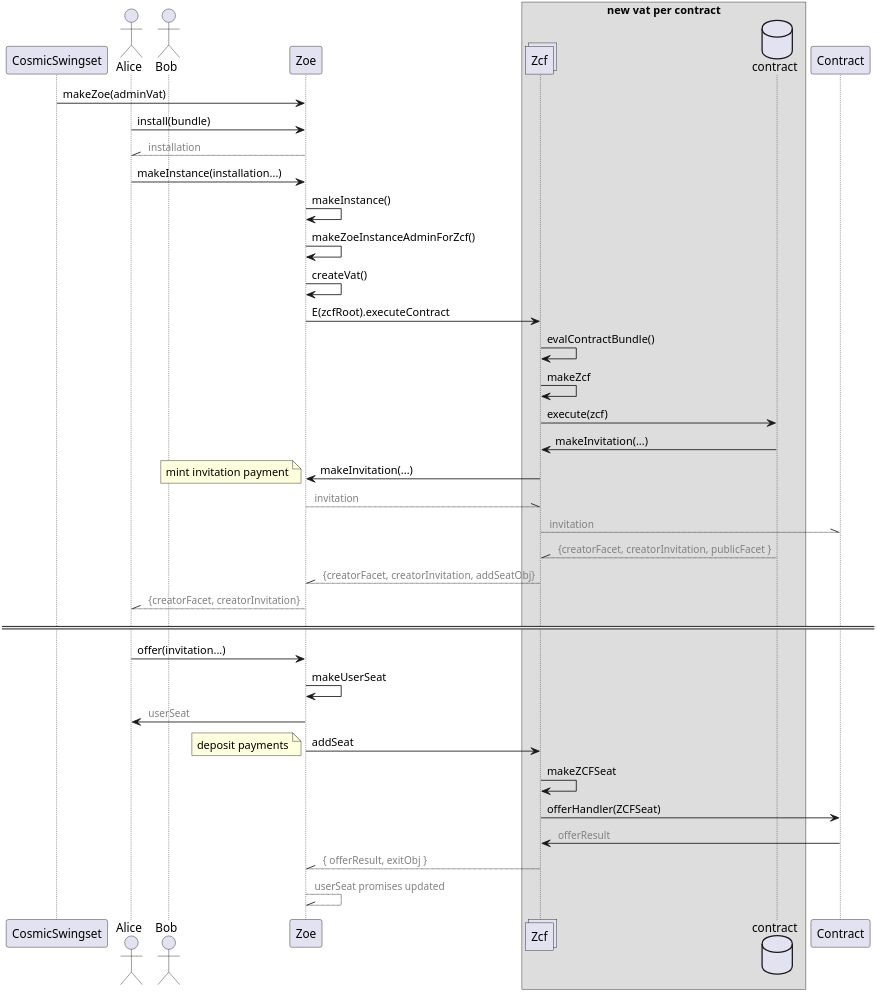
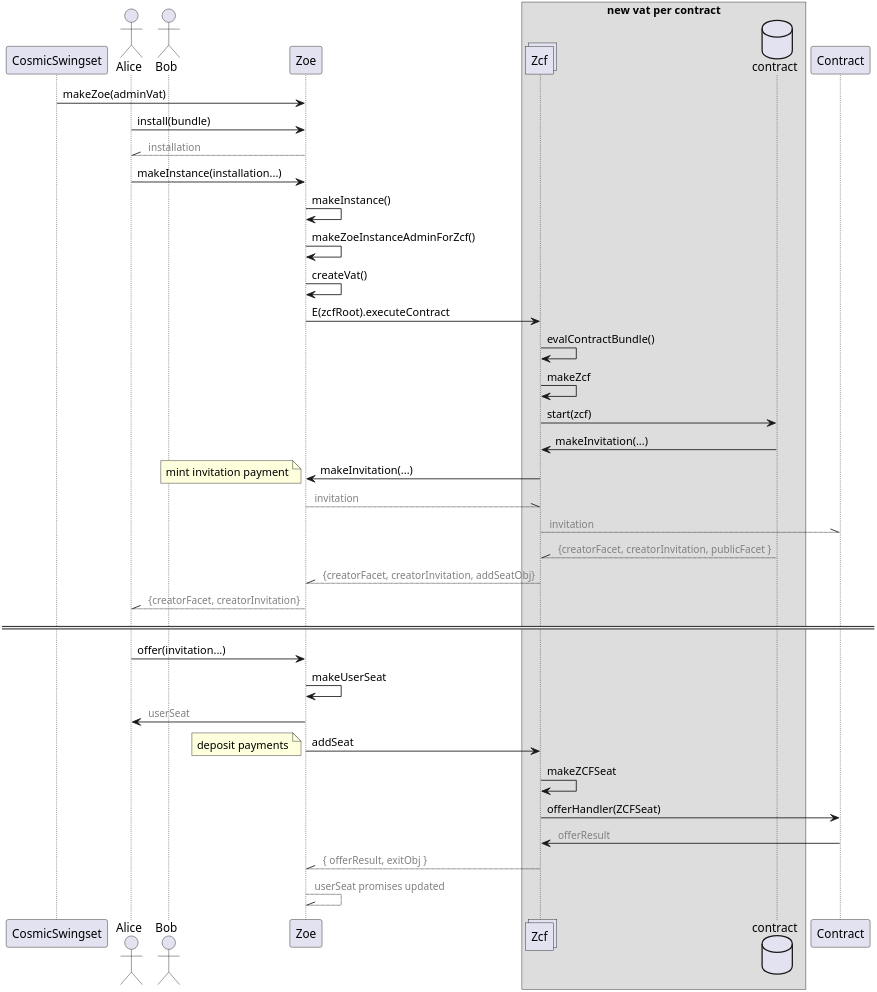
The diagram in packages/zoe/docs/zoe-zcf.puml (Agoric/agoric-sdk), drawn with PlantUML before and after one commit. The commit also changed 14 other files, not shown here.

Commit message:
refactor: update seat namings, add seats.md to docs with diagrams

```diff
--- a/packages/zoe/docs/zoe-zcf.puml
+++ b/packages/zoe/docs/zoe-zcf.puml
@@ -2,51 +2,51 @@
 @startuml Zoe communication with Zcf
 scale 8
 
 participant CosmicSwingset
 actor Alice
 actor Bob
 participant Zoe
 box new vat per contract
 collections Zcf
 database contract
 end box
 
 CosmicSwingset -> Zoe : makeZoe(adminVat)
 Alice -> Zoe : install(bundle)
 Alice //-- Zoe : <font color=gray><size:12> installation
 Alice -> Zoe : makeInstance(installation...)
 Zoe -> Zoe : makeInstance()
 Zoe -> Zoe : makeZoeInstanceAdminForZcf()
 Zoe -> Zoe : createVat()
 Zoe -> Zcf : E(zcfRoot).executeContract
 Zcf -> Zcf : evalContractBundle()
 Zcf -> Zcf : makeZcf
-Zcf -> contract : execute(zcf)
+Zcf -> contract : start(zcf)
 contract -> Zcf : makeInvitation(...)
 Zcf -> Zoe : makeInvitation(...)
 note left
 mint invitation payment
 end note
 Zoe --\\ Zcf : <font color=gray><size:12> invitation
 Zcf --\\ Contract : <font color=gray><size:12> invitation
 contract --\\ Zcf : <font color=gray><size:12> {creatorFacet, creatorInvitation, publicFacet }
 Zcf --\\ Zoe : <font color=gray><size:12> {creatorFacet, creatorInvitation, addSeatObj}
 Alice //-- Zoe : <font color=gray><size:12> {creatorFacet, creatorInvitation}
 
 ====
 
 Alice -> Zoe : offer(invitation...)
 Zoe -> Zoe : makeUserSeat
 Zoe -> Alice : <font color=gray><size:12> userSeat
 Zoe -> Zcf : addSeat
 note left
 deposit payments
 end note
 Zcf -> Zcf : makeZCFSeat
 Zcf -> Contract : offerHandler(ZCFSeat)
 Contract -> Zcf : <font color=gray><size:12> offerResult
 Zcf --\\ Zoe : <font color=gray><size:12> { offerResult, exitObj }
 
 Zoe --\\ Zoe : <font color=gray><size:12> userSeat promises updated
 
 @enduml
```
